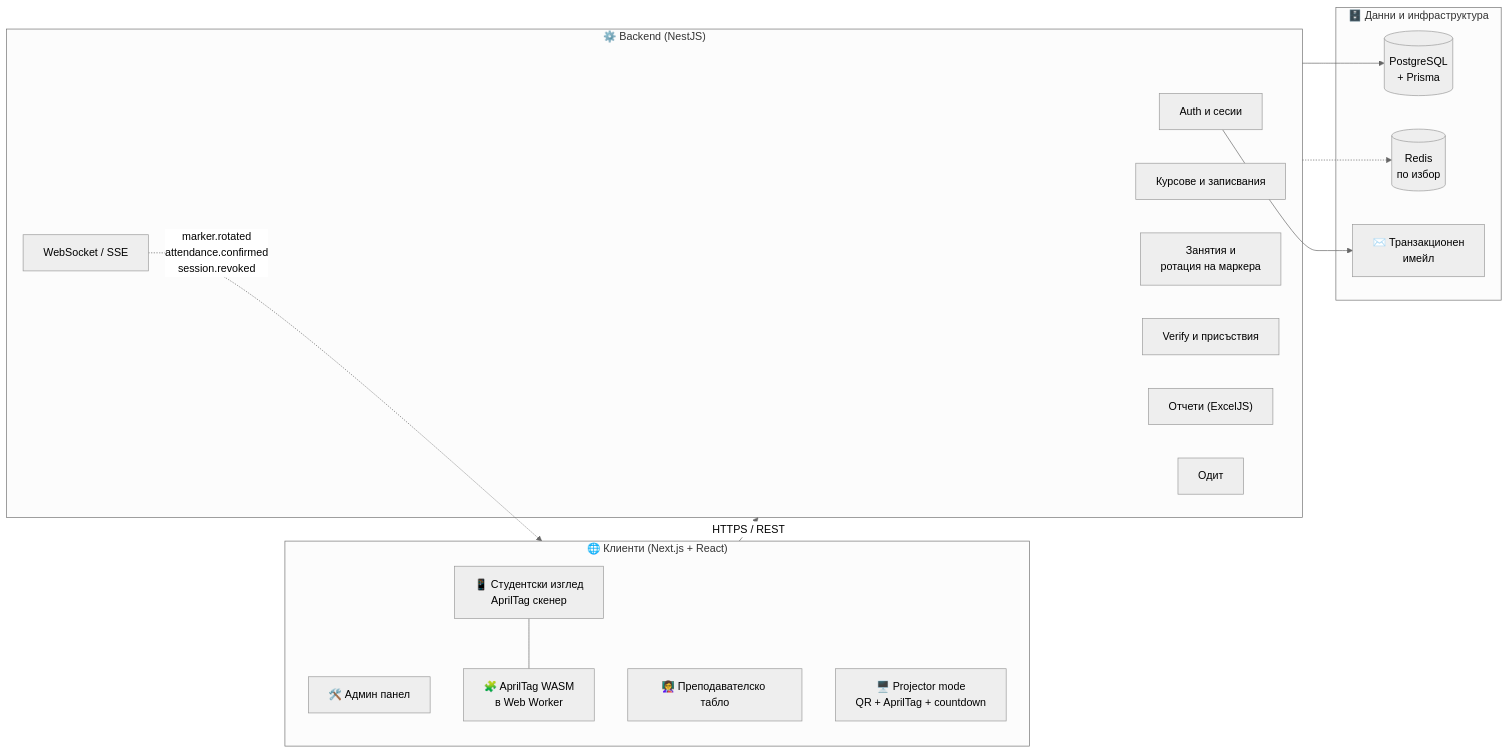
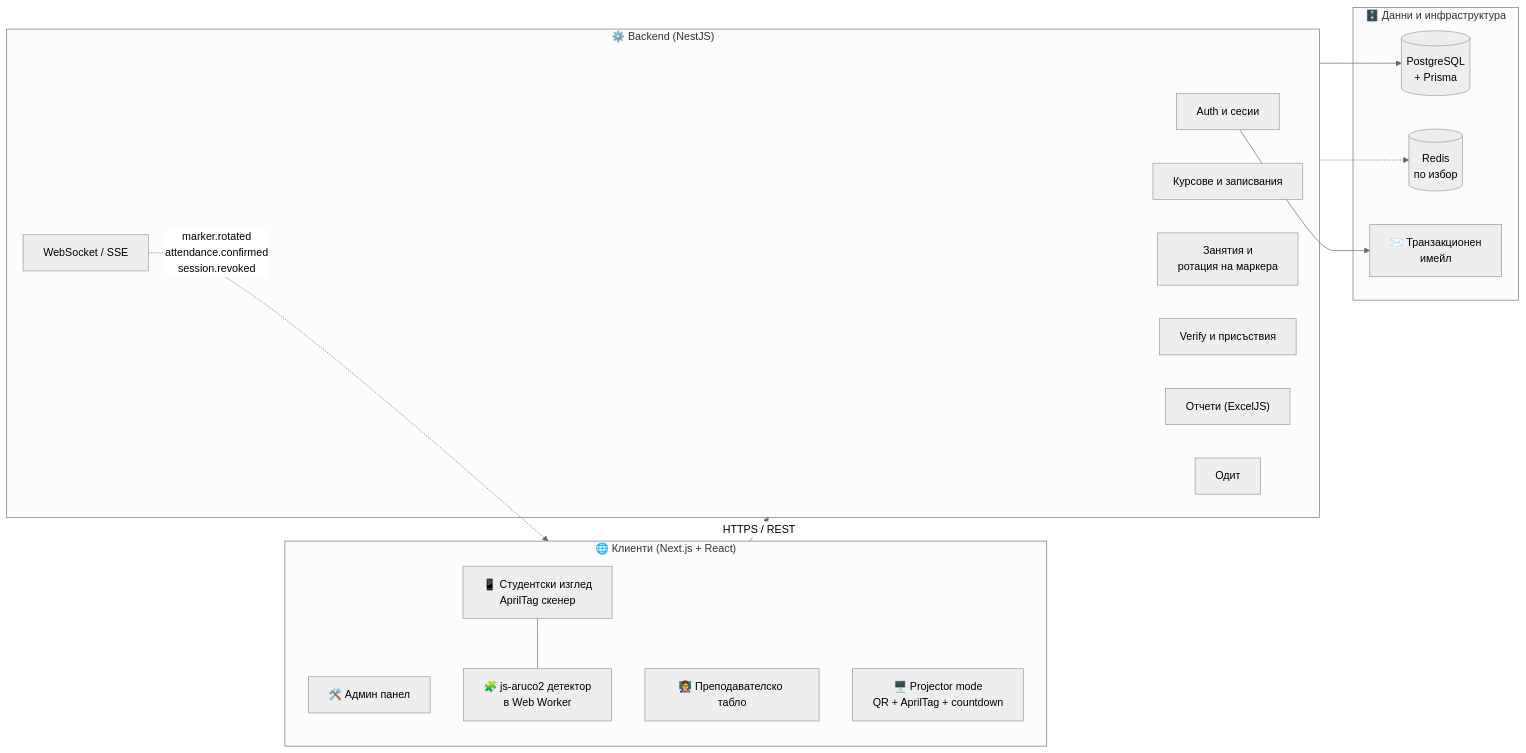
One commit to BlagoiMurad/PamukkaleUniversityAttendancePlatform changed the second of 8 diagrams in README.md. Above: the diagram before and after it, drawn with Mermaid (neutral theme). The commit also changed other lines of this file and 4 other files, not shown here.

````diff
--- a/README.md
+++ b/README.md
@@ -159,33 +159,33 @@
 ```mermaid
 flowchart LR
     subgraph Client["🌐 Клиенти (Next.js + React)"]
         ADM["🛠️ Админ панел"]
         TCH["👩‍🏫 Преподавателско табло"]
         PRJ["🖥️ Projector mode<br/>QR + AprilTag + countdown"]
         STU["📱 Студентски изглед<br/>AprilTag скенер"]
-        WASM["🧩 AprilTag WASM<br/>в Web Worker"]
-        STU --- WASM
+        DET["🧩 js-aruco2 детектор<br/>в Web Worker"]
+        STU --- DET
     end
 
     subgraph Server["⚙️ Backend (NestJS)"]
         AUTH["Auth и сесии"]
         COURSE["Курсове и записвания"]
         LESSON["Занятия и<br/>ротация на маркера"]
         ATT["Verify и присъствия"]
         RPT["Отчети (ExcelJS)"]
         AUD["Одит"]
         WS["WebSocket / SSE"]
     end
 
     subgraph Data["🗄️ Данни и инфраструктура"]
         PG[("PostgreSQL<br/>+ Prisma")]
         RD[("Redis<br/>по избор")]
         MAIL["✉️ Транзакционен<br/>имейл"]
     end
 
     Client -- "HTTPS / REST" --> Server
     WS -. "marker.rotated<br/>attendance.confirmed<br/>session.revoked" .-> Client
     Server --> PG
     Server -.-> RD
     AUTH --> MAIL
 ```
````
